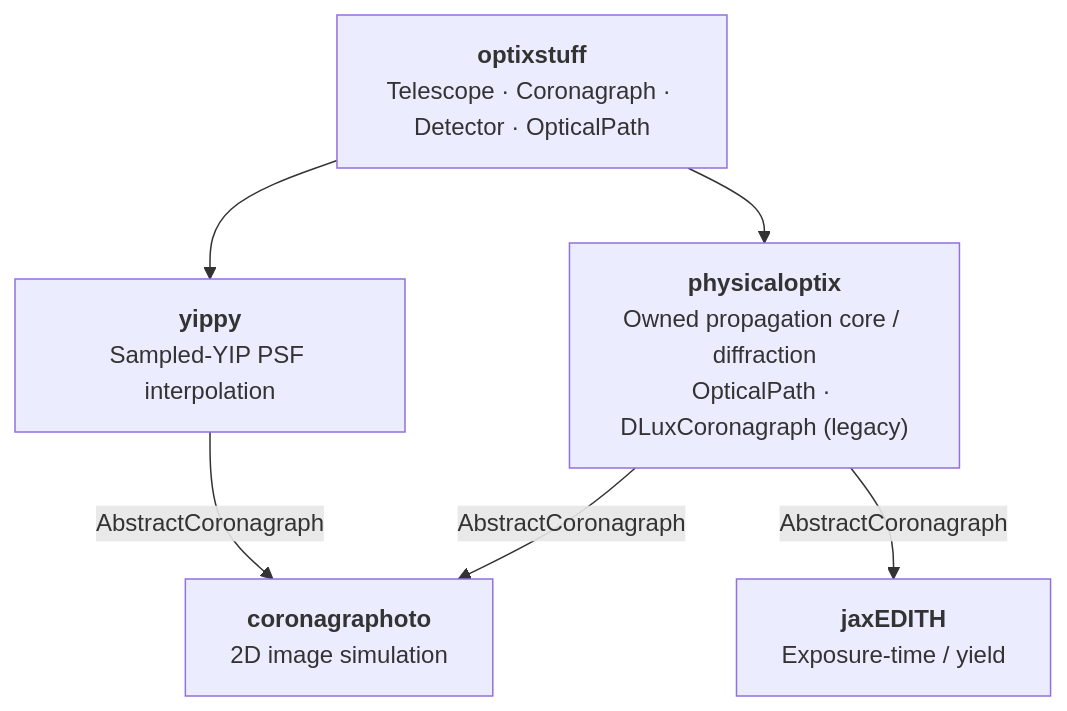
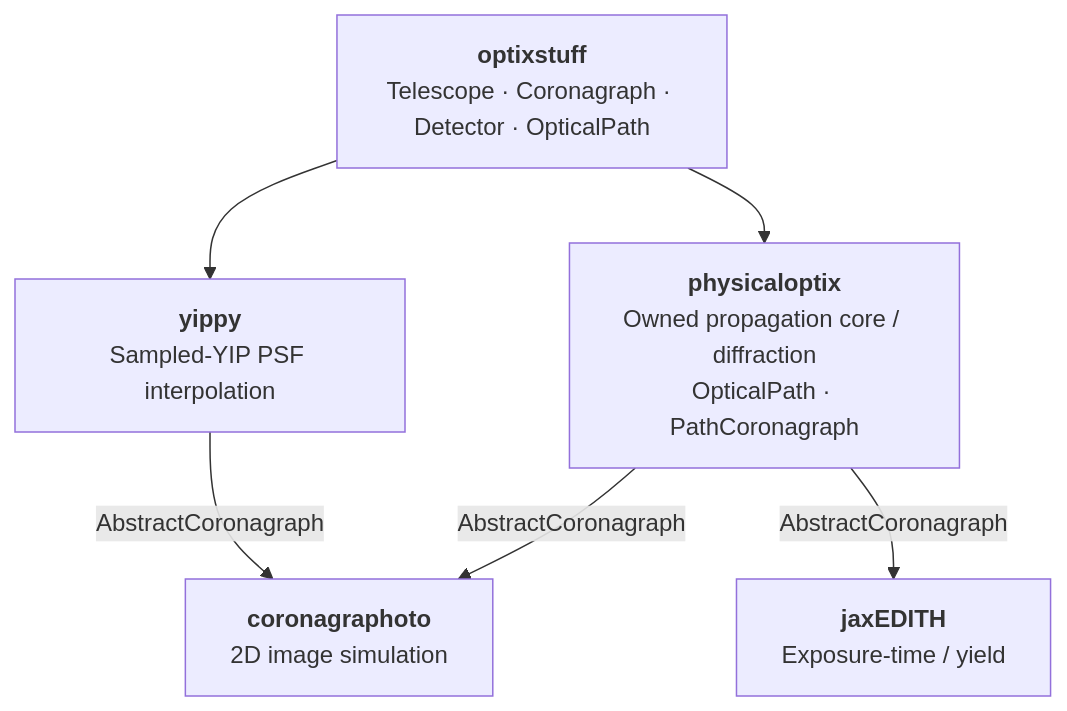
One commit to CoreySpohn/physicaloptix changed the diagram in README.md. Above: the diagram before and after it, drawn with Mermaid. The commit also changed other lines of this file and 10 other files, not shown here.

Commit message:
feat(interop): PathCoronagraph -- OpticalPath behind AbstractCoronagraph with derived IWA/throughput/core curves; retire DLuxCoronagraph and the dLux dependency

````diff
--- a/README.md
+++ b/README.md
@@ -72,14 +74,14 @@
 ```mermaid
 flowchart TB
     optix["<b>optixstuff</b><br/>Telescope · Coronagraph · Detector · OpticalPath"]
-    physopt["<b>physicaloptix</b><br/>Owned propagation core / diffraction<br/>OpticalPath · DLuxCoronagraph (legacy)"]
+    physopt["<b>physicaloptix</b><br/>Owned propagation core / diffraction<br/>OpticalPath · PathCoronagraph"]
     yippy["<b>yippy</b><br/>Sampled-YIP PSF interpolation"]
     corono["<b>coronagraphoto</b><br/>2D image simulation"]
     jaxedith["<b>jaxEDITH</b><br/>Exposure-time / yield"]
 
     optix --> physopt
     optix --> yippy
     physopt -- AbstractCoronagraph --> corono
     physopt -- AbstractCoronagraph --> jaxedith
     yippy -- AbstractCoronagraph --> corono
 ```
````
